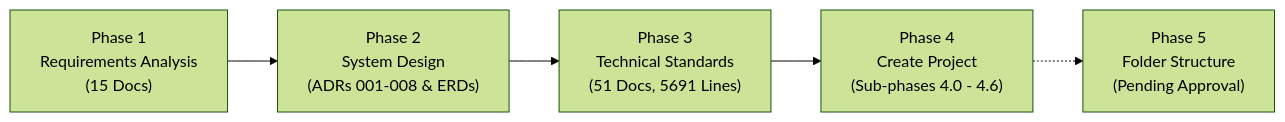
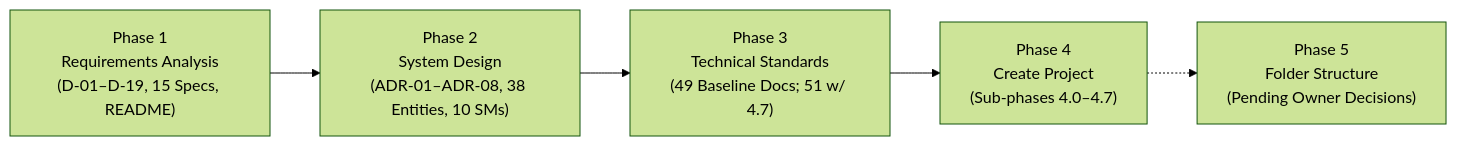
One commit to poairtronic/velan-production changed the first of 3 diagrams in docs/phase-4/Phase-4-Accumulated-Master-Report.md. Above: the diagram before and after it, drawn with Mermaid (forest theme). The commit also changed other lines of this file and 13 other files, not shown here.

Commit message:
docs: complete phase 4.7 corrections, module reconciliation, and phase 3.2 standards

````diff
--- a/docs/phase-4/Phase-4-Accumulated-Master-Report.md
+++ b/docs/phase-4/Phase-4-Accumulated-Master-Report.md
@@ -45,7 +43,7 @@
 ```mermaid
 flowchart LR
-    P1["Phase 1<br/>Requirements Analysis<br/>(15 Docs)"] --> P2["Phase 2<br/>System Design<br/>(ADRs 001-008 & ERDs)"]
-    P2 --> P3["Phase 3<br/>Technical Standards<br/>(51 Docs, 5691 Lines)"]
-    P3 --> P4["Phase 4<br/>Create Project<br/>(Sub-phases 4.0 - 4.6)"]
-    P4 -.-> P5["Phase 5<br/>Folder Structure<br/>(Pending Approval)"]
+    P1["Phase 1<br/>Requirements Analysis<br/>(D-01–D-19, 15 Specs, README)"] --> P2["Phase 2<br/>System Design<br/>(ADR-01–ADR-08, 38 Entities, 10 SMs)"]
+    P2 --> P3["Phase 3<br/>Technical Standards<br/>(49 Baseline Docs; 51 w/ 4.7)"]
+    P3 --> P4["Phase 4<br/>Create Project<br/>(Sub-phases 4.0–4.7)"]
+    P4 -.-> P5["Phase 5<br/>Folder Structure<br/>(Pending Owner Decisions)"]
 ```
````
